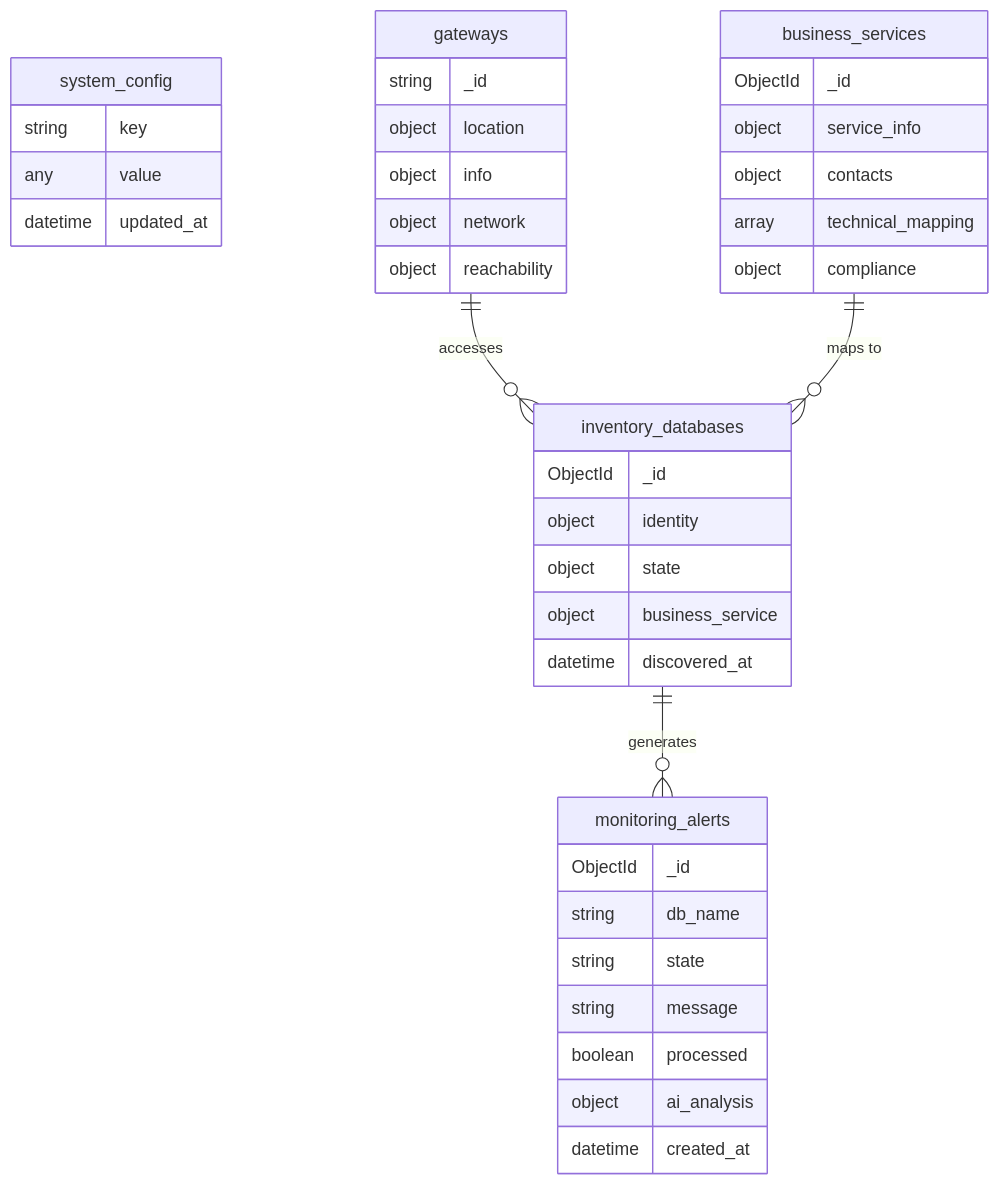
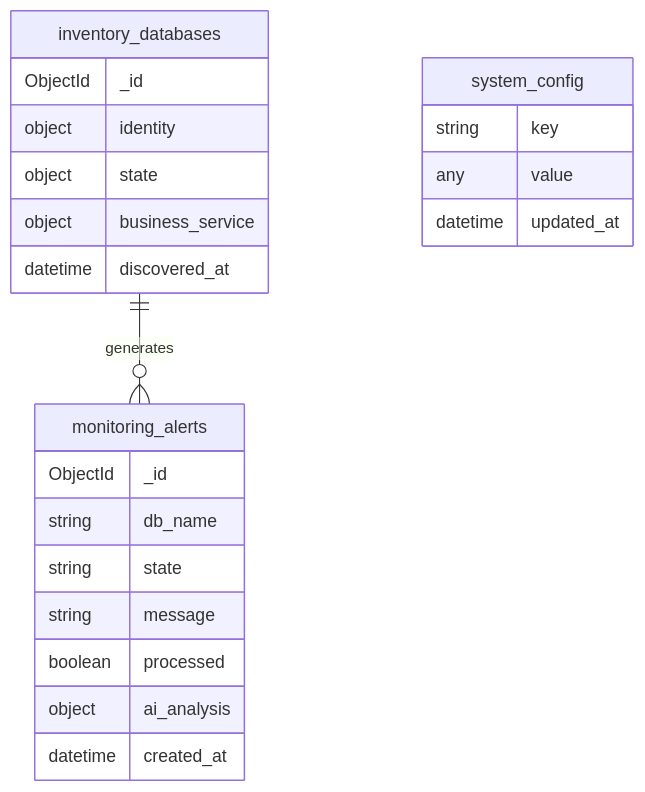
One commit to Mohamed-DN/DB-AI changed the diagram in MongoDB/README.md. Above: the diagram before and after it, drawn with Mermaid. The commit also changed other lines of this file and 18 other files, not shown here.

````diff
--- a/MongoDB/README.md
+++ b/MongoDB/README.md
@@ -22,46 +11,28 @@
 ```mermaid
 erDiagram
     inventory_databases {
         ObjectId _id
         object identity
         object state
         object business_service
         datetime discovered_at
     }
 
     monitoring_alerts {
         ObjectId _id
         string db_name
         string state
         string message
         boolean processed
         object ai_analysis
         datetime created_at
     }
 
     system_config {
         string key
         any value
         datetime updated_at
     }
 
-    gateways {
-        string _id
-        object location
-        object info
-        object network
-        object reachability
-    }
-
-    business_services {
-        ObjectId _id
-        object service_info
-        object contacts
-        array technical_mapping
-        object compliance
-    }
-
     inventory_databases ||--o{ monitoring_alerts : "generates"
-    gateways ||--o{ inventory_databases : "accesses"
-    business_services ||--o{ inventory_databases : "maps to"
 ```
````
